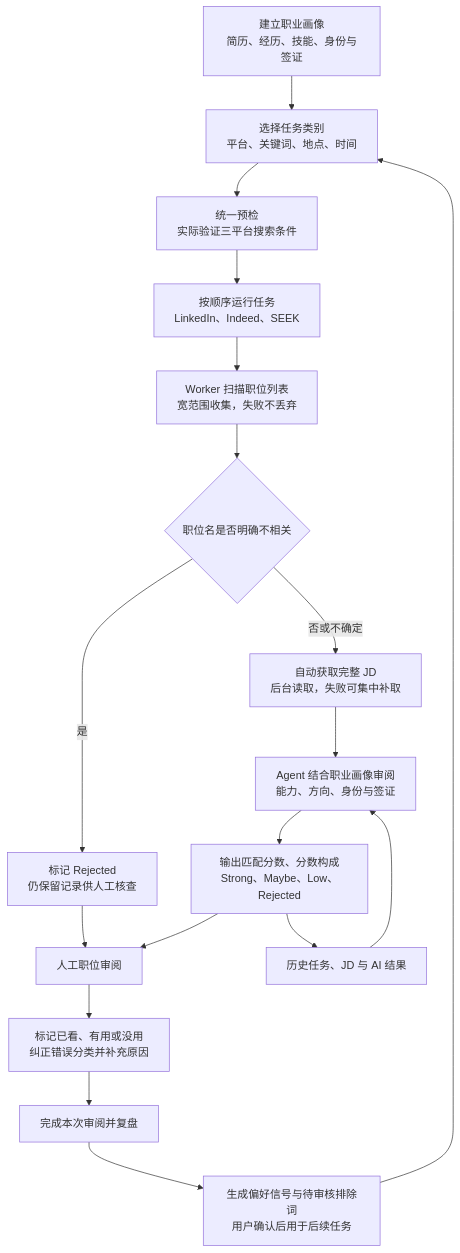
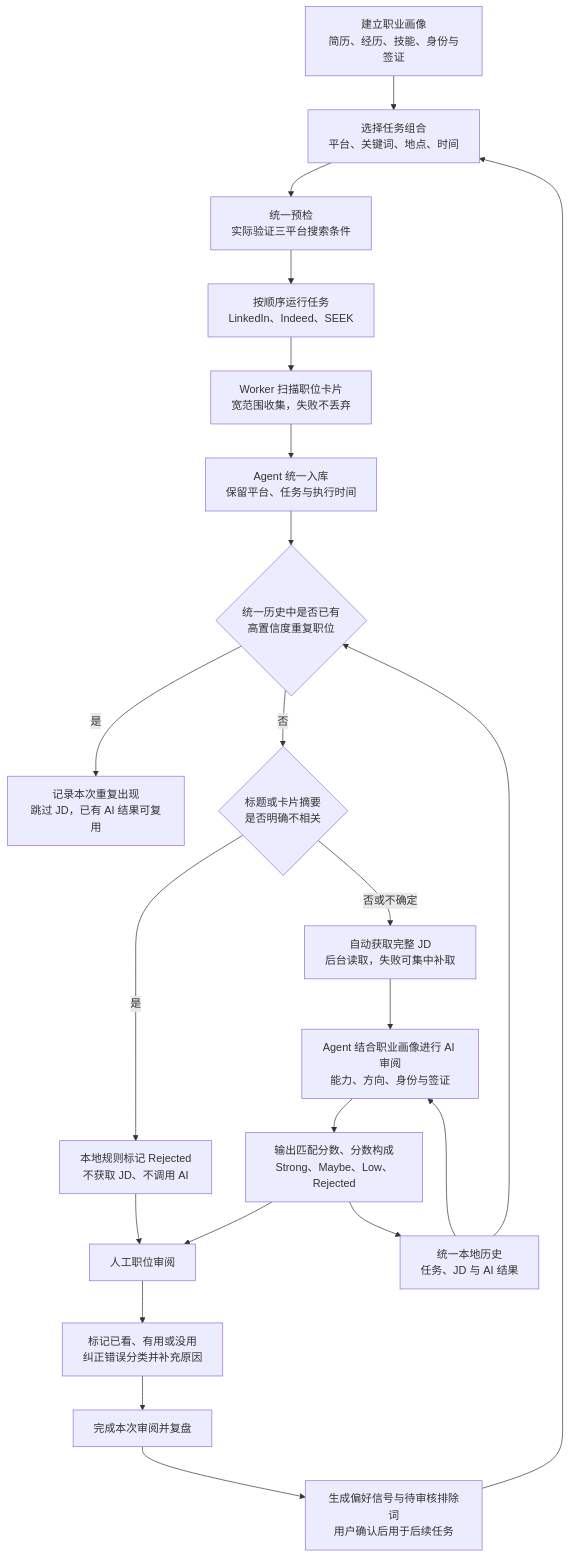
One commit to Young501/job_agent changed the diagram in README.md. Above: the diagram before and after it, drawn with Mermaid. The commit also changed other lines of this file and 17 other files, not shown here.

````diff
--- a/README.md
+++ b/README.md
@@ -15,20 +15,24 @@
 ```mermaid
 flowchart TD
-    A["建立职业画像<br/>简历、经历、技能、身份与签证"] --> B["选择任务类别<br/>平台、关键词、地点、时间"]
+    A["建立职业画像<br/>简历、经历、技能、身份与签证"] --> B["选择任务组合<br/>平台、关键词、地点、时间"]
     B --> C["统一预检<br/>实际验证三平台搜索条件"]
     C --> D["按顺序运行任务<br/>LinkedIn、Indeed、SEEK"]
-    D --> E["Worker 扫描职位列表<br/>宽范围收集，失败不丢弃"]
-    E --> F{"职位名是否明确不相关"}
-    F -->|"是"| G["标记 Rejected<br/>仍保留记录供人工核查"]
-    F -->|"否或不确定"| H["自动获取完整 JD<br/>后台读取，失败可集中补取"]
-    H --> I["Agent 结合职业画像审阅<br/>能力、方向、身份与签证"]
-    I --> J["输出匹配分数、分数构成<br/>Strong、Maybe、Low、Rejected"]
-    G --> K["人工职位审阅"]
-    J --> K
-    K --> L["标记已看、有用或没用<br/>纠正错误分类并补充原因"]
-    L --> M["完成本次审阅并复盘"]
-    M --> N["生成偏好信号与待审核排除词<br/>用户确认后用于后续任务"]
-    N --> B
-    O["历史任务、JD 与 AI 结果"] --> I
-    J --> O
+    D --> E["Worker 扫描职位卡片<br/>宽范围收集，失败不丢弃"]
+    E --> F["Agent 统一入库<br/>保留平台、任务与执行时间"]
+    F --> G{"统一历史中是否已有<br/>高置信度重复职位"}
+    G -->|"是"| H["记录本次重复出现<br/>跳过 JD，已有 AI 结果可复用"]
+    G -->|"否"| I{"标题或卡片摘要<br/>是否明确不相关"}
+    I -->|"是"| J["本地规则标记 Rejected<br/>不获取 JD、不调用 AI"]
+    I -->|"否或不确定"| K["自动获取完整 JD<br/>后台读取，失败可集中补取"]
+    K --> L["Agent 结合职业画像进行 AI 审阅<br/>能力、方向、身份与签证"]
+    L --> M["输出匹配分数、分数构成<br/>Strong、Maybe、Low、Rejected"]
+    J --> N["人工职位审阅"]
+    M --> N
+    N --> O["标记已看、有用或没用<br/>纠正错误分类并补充原因"]
+    O --> P["完成本次审阅并复盘"]
+    P --> Q["生成偏好信号与待审核排除词<br/>用户确认后用于后续任务"]
+    Q --> B
+    R["统一本地历史<br/>任务、JD 与 AI 结果"] --> G
+    R --> L
+    M --> R
 ```
````
